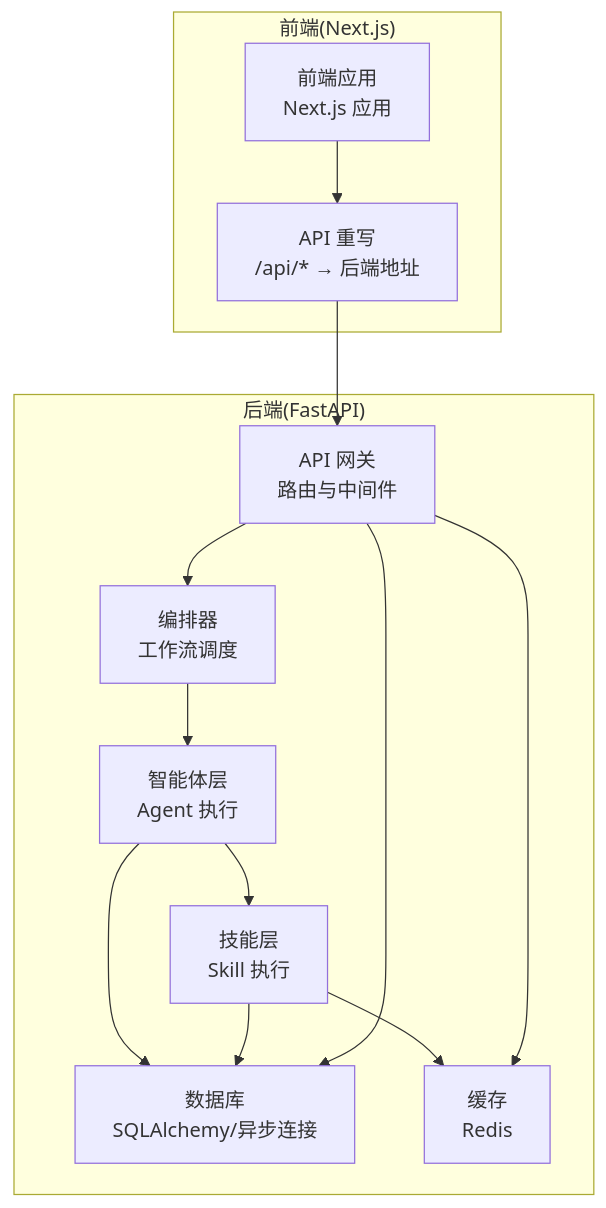
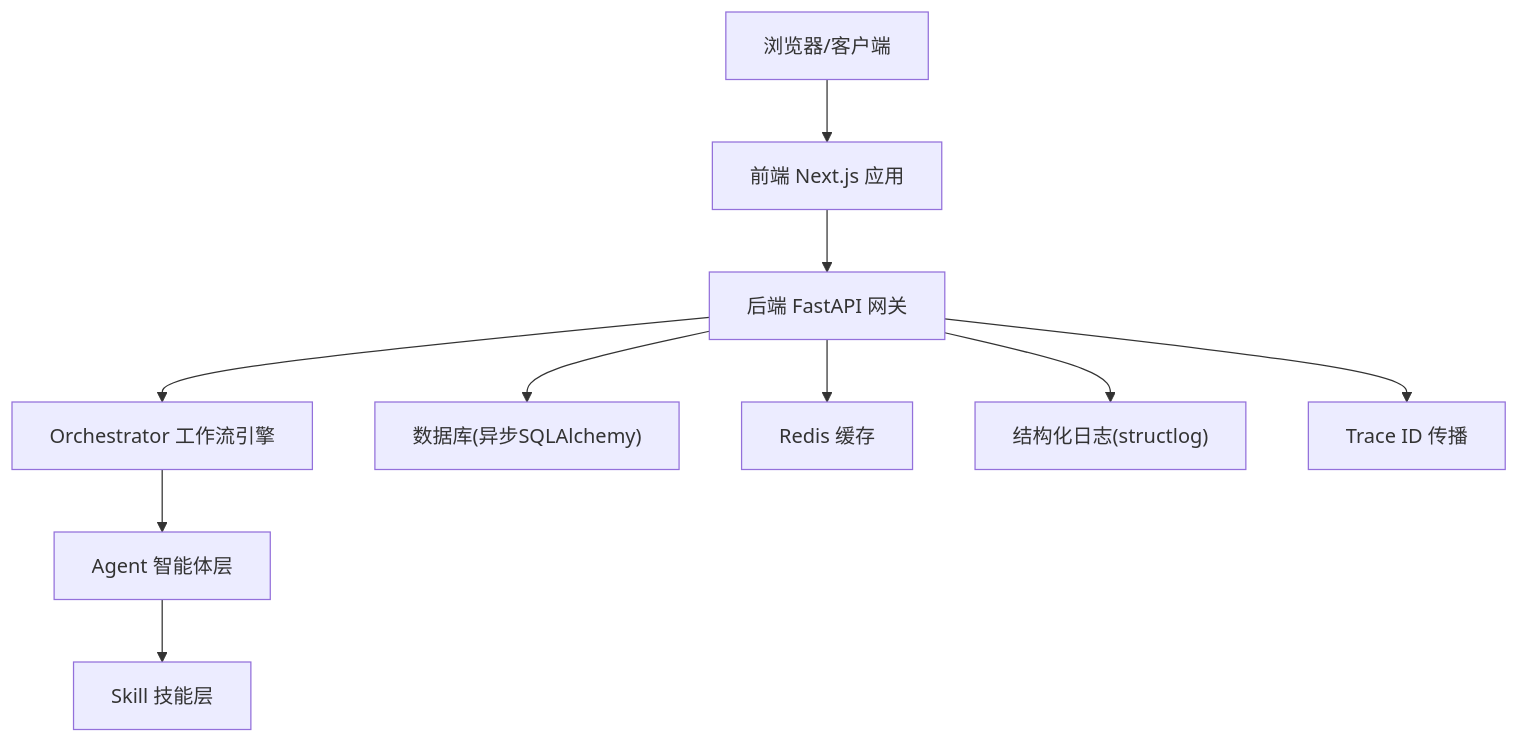
The second of 7 diagrams in .qoder/repowiki/zh/content/部署指南/部署指南.md (sansansansansan2022-web/hotclaw), drawn with Mermaid before and after one commit. The commit also changed other lines of this file and 288 other files, not shown here.

````diff
--- a/.qoder/repowiki/zh/content/部署指南/部署指南.md
+++ b/.qoder/repowiki/zh/content/部署指南/部署指南.md
@@ -39,25 +136,12 @@
 ```mermaid
 graph TB
-subgraph "前端(Next.js)"
-FE_APP["前端应用<br/>Next.js 应用"]
-FE_REWRITE["API 重写<br/>/api/* → 后端地址"]
-end
-subgraph "后端(FastAPI)"
-GW["API 网关<br/>路由与中间件"]
-ORCH["编排器<br/>工作流调度"]
-AGENTS["智能体层<br/>Agent 执行"]
-SKILLS["技能层<br/>Skill 执行"]
-DB["数据库<br/>SQLAlchemy/异步连接"]
-REDIS["缓存<br/>Redis"]
-end
-FE_APP --> FE_REWRITE
-FE_REWRITE --> GW
-GW --> ORCH
-ORCH --> AGENTS
-AGENTS --> SKILLS
-AGENTS --> DB
-SKILLS --> DB
-SKILLS --> REDIS
-GW --> DB
-GW --> REDIS
+Client["浏览器/客户端"] --> FE["前端 Next.js 应用"]
+FE --> APIGW["后端 FastAPI 网关"]
+APIGW --> ORCH["Orchestrator 工作流引擎"]
+ORCH --> AGENTS["Agent 智能体层"]
+AGENTS --> SKILLS["Skill 技能层"]
+APIGW --> DB["数据库(异步SQLAlchemy)"]
+APIGW --> REDIS["Redis 缓存"]
+APIGW --> LOG["结构化日志(structlog)"]
+APIGW --> TRACE["Trace ID 传播"]
 ```
````
